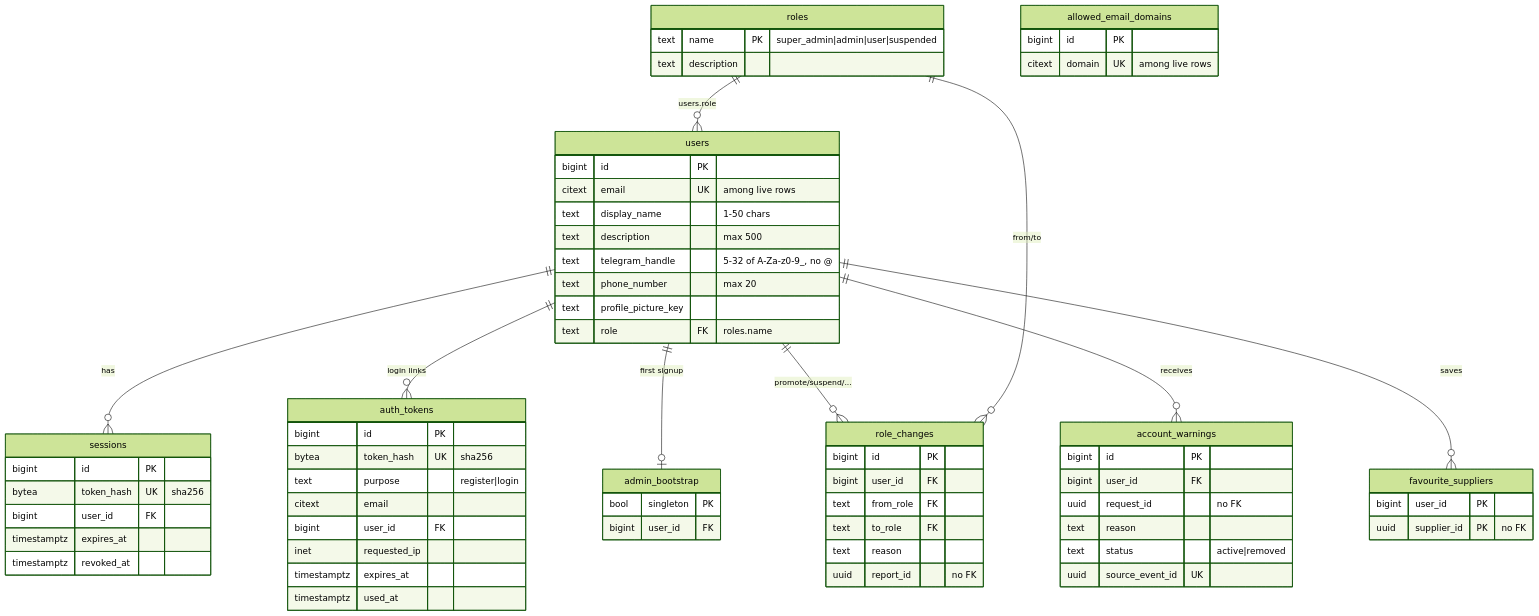
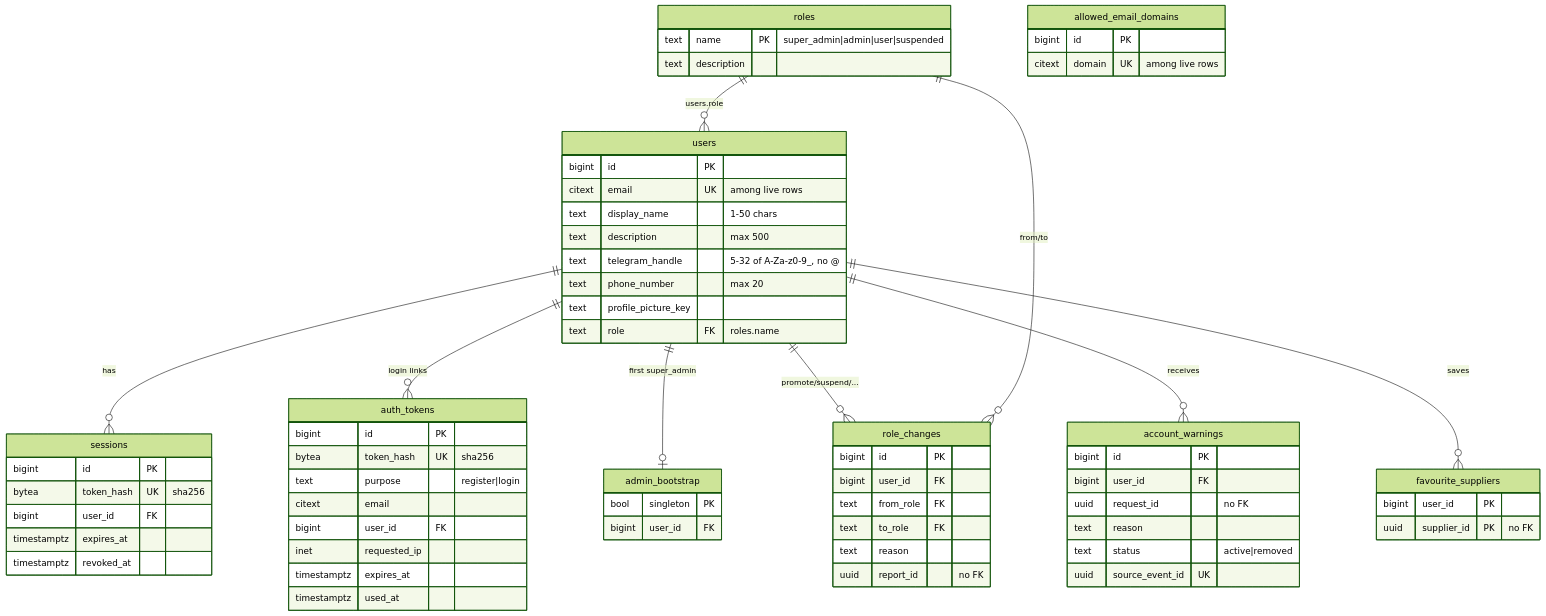
Before and after one commit to AY2627S1-CS3219-P1/FoC: the diagram in user-service/docs/schema.md, drawn with Mermaid (forest theme). The commit also changed other lines of this file and 1 other file, not shown here.

Commit message:
docs(user): document super admin bootstrap

````diff
--- a/user-service/docs/schema.md
+++ b/user-service/docs/schema.md
@@ -10,71 +10,71 @@
 ```mermaid
 erDiagram
     roles ||--o{ users : "users.role"
     users ||--o{ sessions : has
     users ||--o{ auth_tokens : "login links"
-    users ||--o| admin_bootstrap : "first signup"
+    users ||--o| admin_bootstrap : "first super_admin"
     users ||--o{ role_changes : "promote/suspend/..."
     roles ||--o{ role_changes : "from/to"
     users ||--o{ account_warnings : receives
     users ||--o{ favourite_suppliers : saves
 
     users {
         bigint id PK
         citext email UK "among live rows"
         text display_name "1-50 chars"
         text description "max 500"
         text telegram_handle "5-32 of A-Za-z0-9_, no @"
         text phone_number "max 20"
         text profile_picture_key
         text role FK "roles.name"
     }
     roles {
         text name PK "super_admin|admin|user|suspended"
         text description
     }
     admin_bootstrap {
         bool singleton PK
         bigint user_id FK
     }
     allowed_email_domains {
         bigint id PK
         citext domain UK "among live rows"
     }
     auth_tokens {
         bigint id PK
         bytea token_hash UK "sha256"
         text purpose "register|login"
         citext email
         bigint user_id FK
         inet requested_ip
         timestamptz expires_at
         timestamptz used_at
     }
     sessions {
         bigint id PK
         bytea token_hash UK "sha256"
         bigint user_id FK
         timestamptz expires_at
         timestamptz revoked_at
     }
     role_changes {
         bigint id PK
         bigint user_id FK
         text from_role FK
         text to_role FK
         text reason
         uuid report_id "no FK"
     }
     account_warnings {
         bigint id PK
         bigint user_id FK
         uuid request_id "no FK"
         text reason
         text status "active|removed"
         uuid source_event_id UK
     }
     favourite_suppliers {
         bigint user_id PK
         uuid supplier_id PK "no FK"
     }
 ```
````
